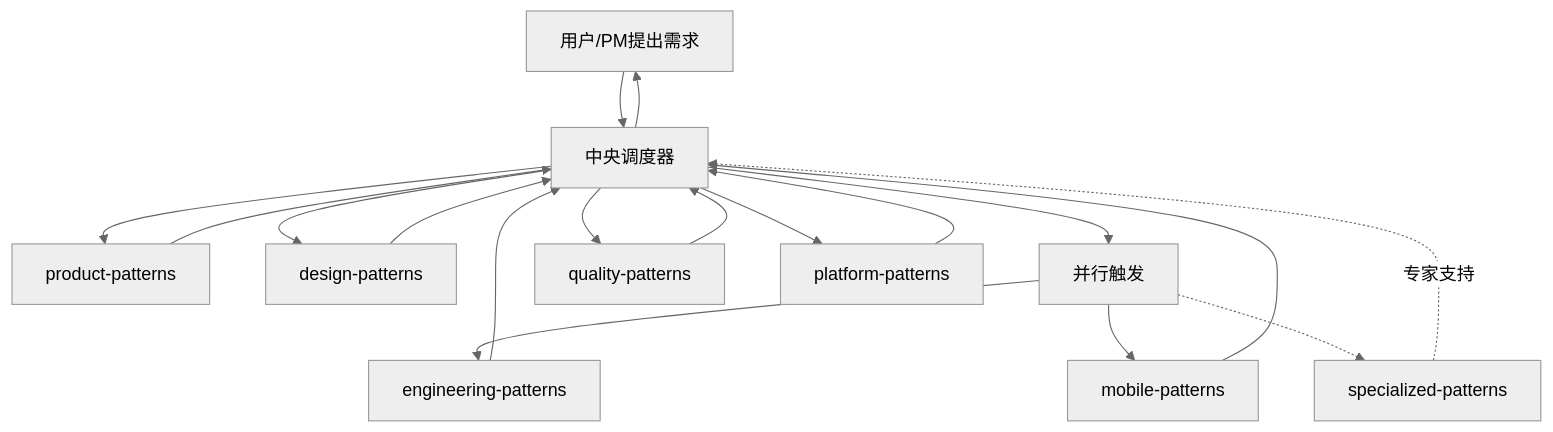
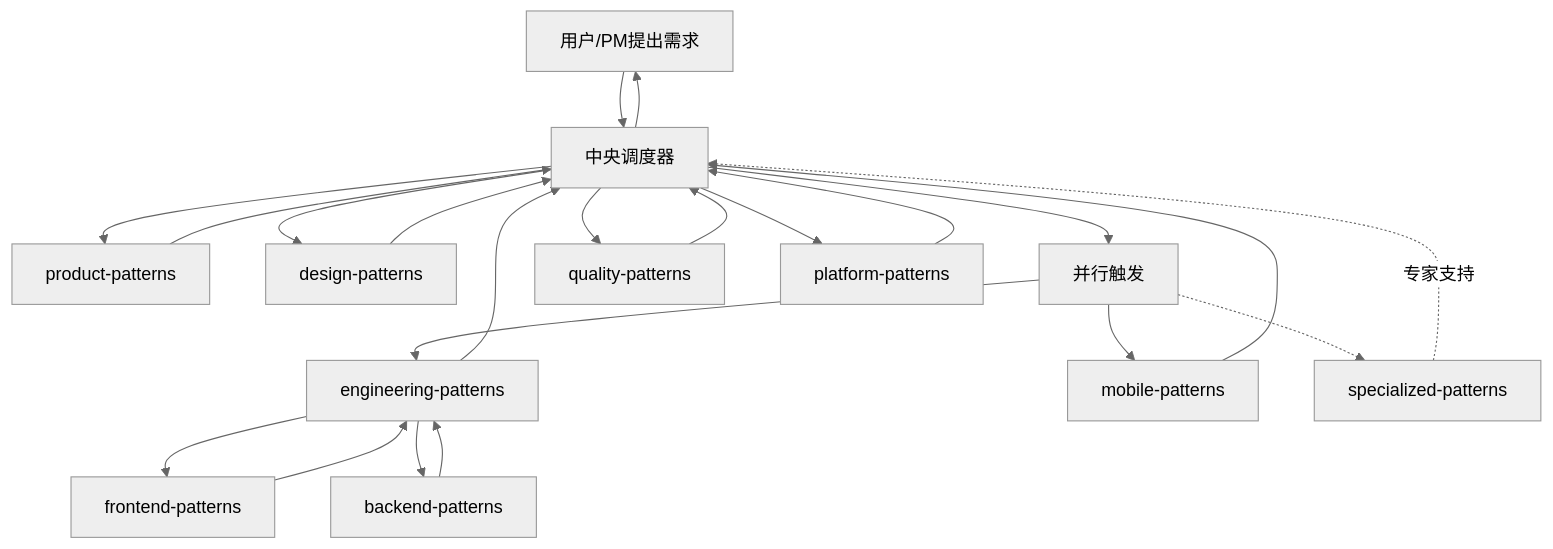
Before and after one commit to Tooooommy/Trae-Workflow: the first of 3 diagrams in agents/orchestrator.md, drawn with Mermaid (neutral theme). The commit also changed other lines of this file and 1 other file, not shown here.

First line of the commit message:
refactor: 合并 engineering-patterns 至 orchestrator

````diff
--- a/agents/orchestrator.md
+++ b/agents/orchestrator.md
@@ -25,28 +25,33 @@
 ```mermaid
 flowchart TD
     User[用户/PM提出需求] --> Orchestrator[中央调度器]
 
     Orchestrator --> Product[product-patterns]
     Product --> Orchestrator
 
     Orchestrator --> Design[design-patterns]
     Design --> Orchestrator
 
     Orchestrator --> Parallel[并行触发]
-    Parallel --> Dev[engineering-patterns]
+    Parallel --> Eng[engineering-patterns]
     Parallel --> Mobile[mobile-patterns]
     Parallel -.-> Expert[specialized-patterns]
 
-    Dev --> Orchestrator
+    Eng --> FE[frontend-patterns]
+    Eng --> BE[backend-patterns]
+
+    Eng --> Orchestrator
+    FE --> Eng
+    BE --> Eng
     Mobile --> Orchestrator
 
     Orchestrator --> QA[quality-patterns]
     QA --> Orchestrator
 
     Orchestrator --> Ops[platform-patterns]
     Ops --> Orchestrator
 
     Orchestrator --> User
 
     Expert -. 专家支持 .-> Orchestrator
 ```
````
